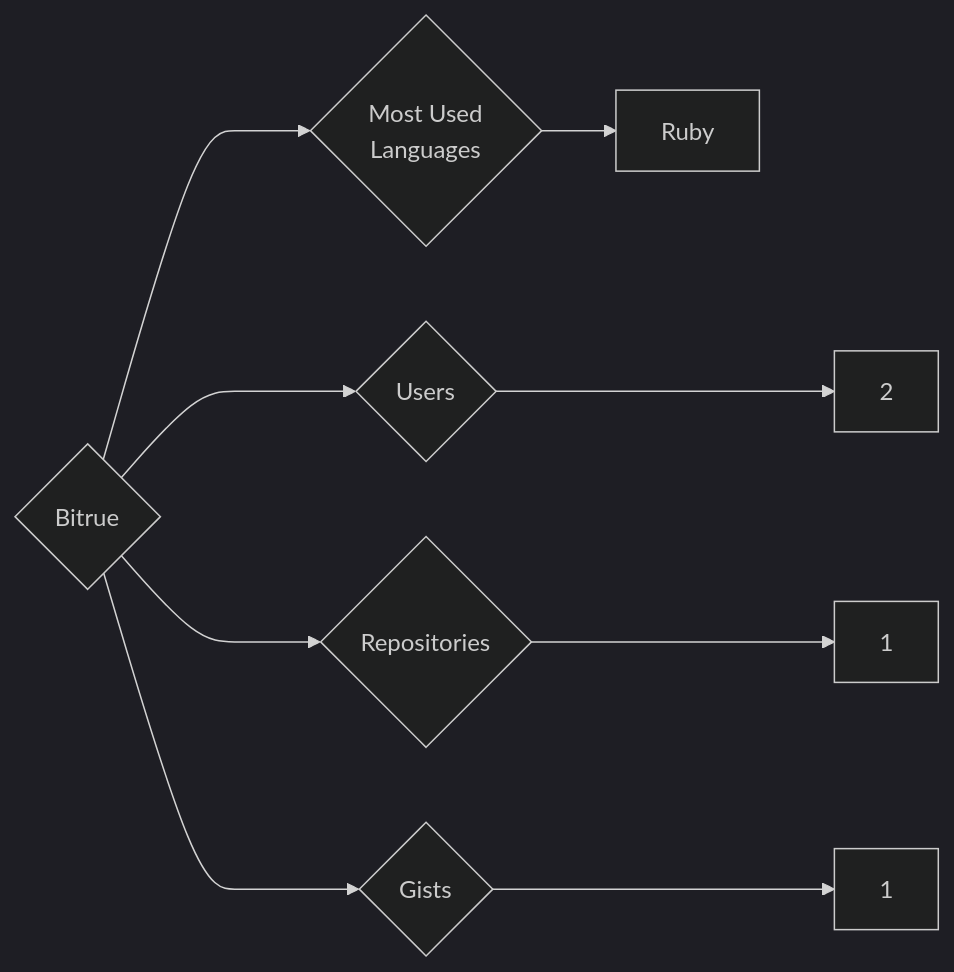
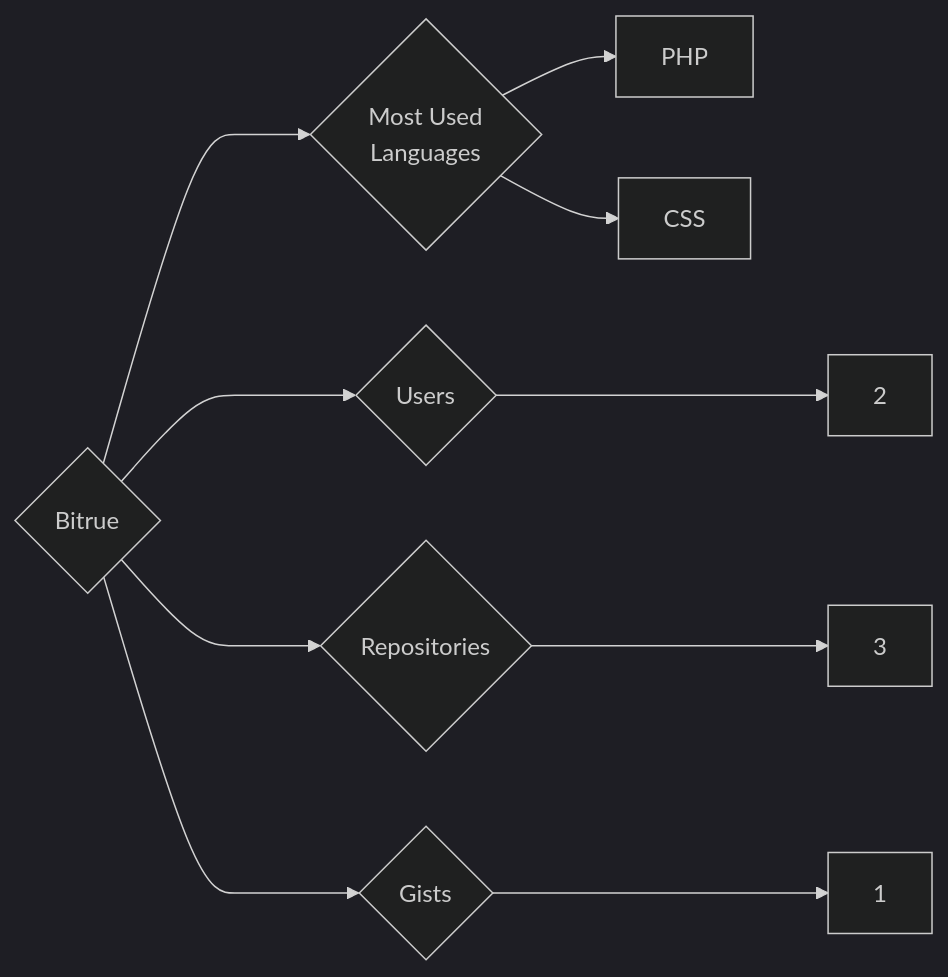
Before and after one commit to trickest/insiders: the diagram in targets/Bitrue/README.md, drawn with Mermaid (dark theme). The commit also changed 681 other files, not shown here.

````diff
--- a/targets/Bitrue/README.md
+++ b/targets/Bitrue/README.md
@@ -3,9 +3,10 @@
 ```mermaid
 graph LR
 COMPANY_NAME{Bitrue}
 COMPANY_NAME ---> U{Users} ---> UN[2]
-COMPANY_NAME ---> R{Repositories} ---> RN[1]
+COMPANY_NAME ---> R{Repositories} ---> RN[3]
 COMPANY_NAME ---> G{Gists} ---> GN[1]
 COMPANY_NAME ---> ML{Most Used<br>Languages}
-ML --> Ruby[Ruby]
+ML --> PHP[PHP]
+ML --> CSS[CSS]
 ```
````
